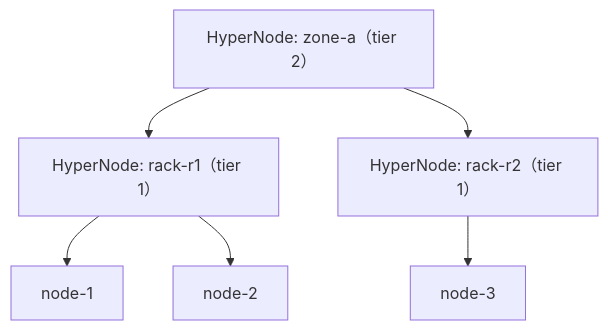
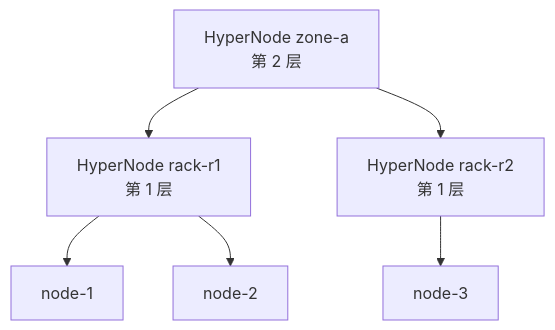
The ninth of 13 diagrams in docs/research/k8s-workload-aware-scheduling-vs-volcano-cn.md (JesseStutler/volcano), drawn with Mermaid before and after one commit. The commit also changed other lines of this file and 1 other file, not shown here.

````diff
--- a/docs/research/k8s-workload-aware-scheduling-vs-volcano-cn.md
+++ b/docs/research/k8s-workload-aware-scheduling-vs-volcano-cn.md
@@ -439,15 +436,14 @@
 ```mermaid
 flowchart TD
-    H2["HyperNode: zone-a（tier 2）"]
-    H11["HyperNode: rack-r1（tier 1）"]
-    H12["HyperNode: rack-r2（tier 1）"]
+    H2["HyperNode zone-a<br/>第 2 层"]
+    H11["HyperNode rack-r1<br/>第 1 层"]
+    H12["HyperNode rack-r2<br/>第 1 层"]
     VN1["node-1"]
     VN2["node-2"]
     VN3["node-3"]
-
     H2 --> H11
     H2 --> H12
     H11 --> VN1
     H11 --> VN2
     H12 --> VN3
 ```
````
